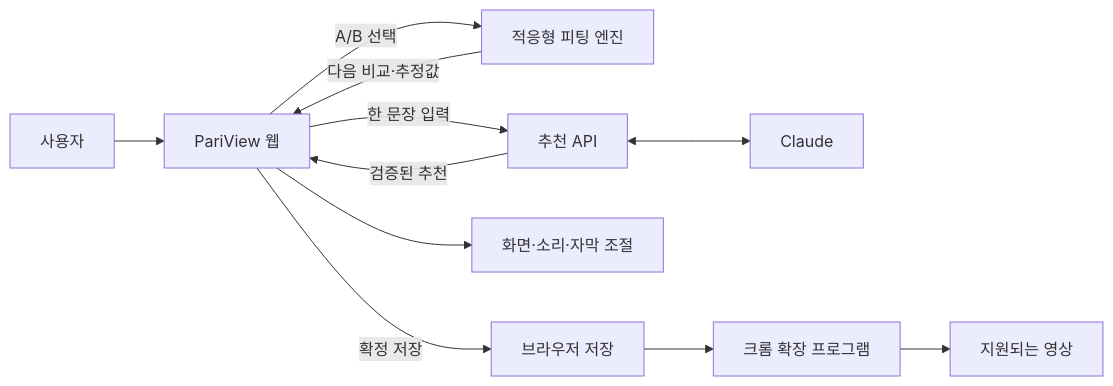
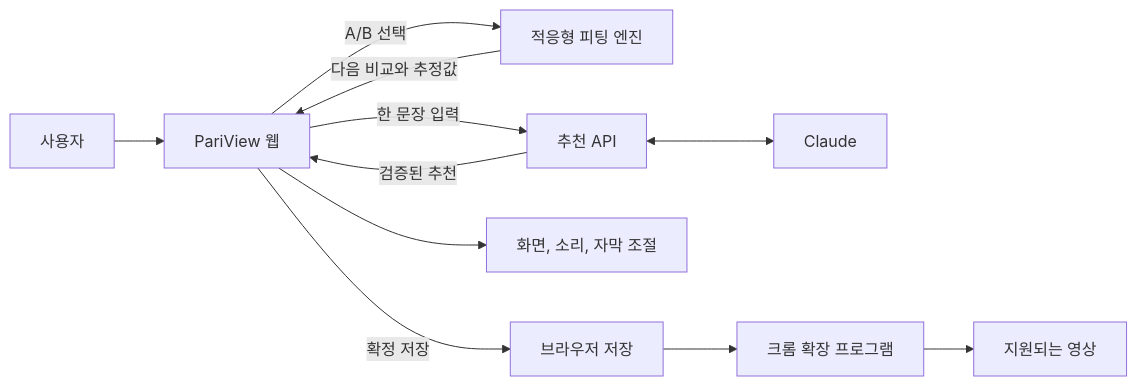
One commit to ryeong03/pariview changed the diagram in README.md. Above: the diagram before and after it, drawn with Mermaid. The commit also changed other lines of this file and 10 other files, not shown here.

````diff
--- a/README.md
+++ b/README.md
@@ -121,13 +160,13 @@
 ```mermaid
 flowchart LR
   U[사용자] --> W[PariView 웹]
   W -- A/B 선택 --> F[적응형 피팅 엔진]
-  F -- 다음 비교·추정값 --> W
+  F -- 다음 비교와 추정값 --> W
   W -- 한 문장 입력 --> P[추천 API]
   P <--> C[Claude]
   P -- 검증된 추천 --> W
-  W --> V[화면·소리·자막 조절]
+  W --> V[화면, 소리, 자막 조절]
   W -- 확정 저장 --> S[브라우저 저장]
   S --> E[크롬 확장 프로그램]
   E --> O[지원되는 영상]
 ```
````
